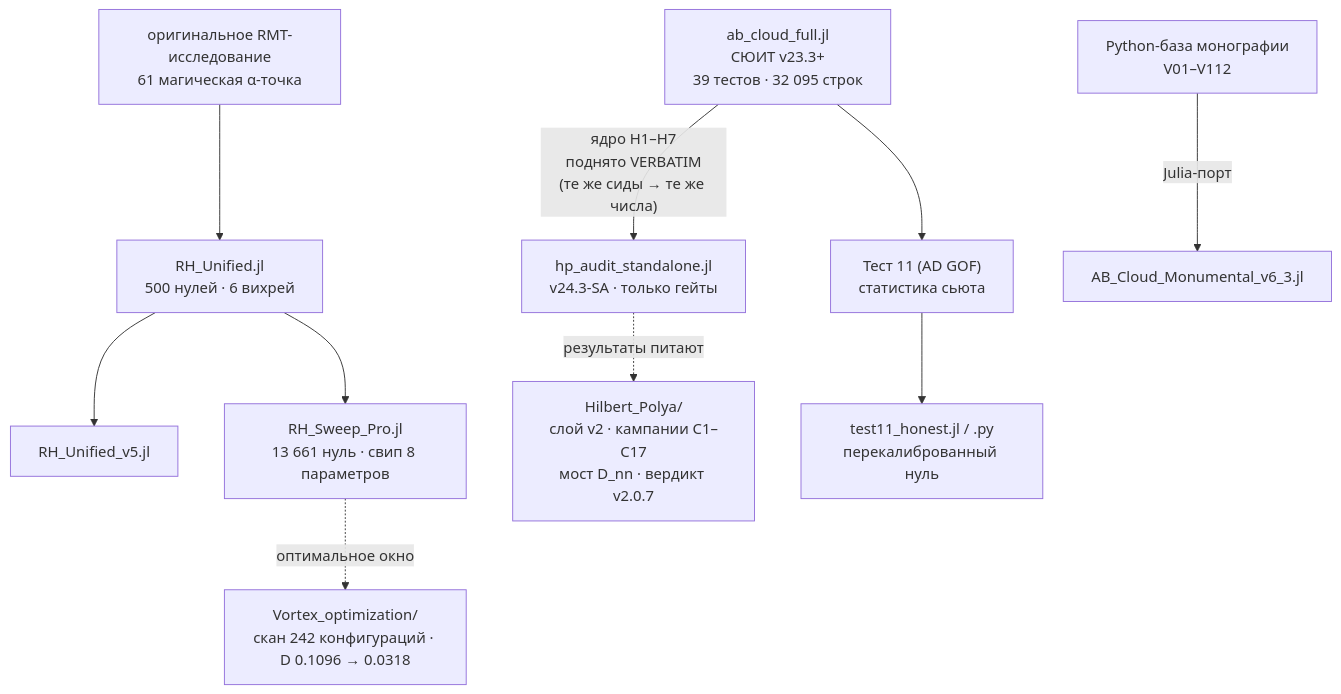
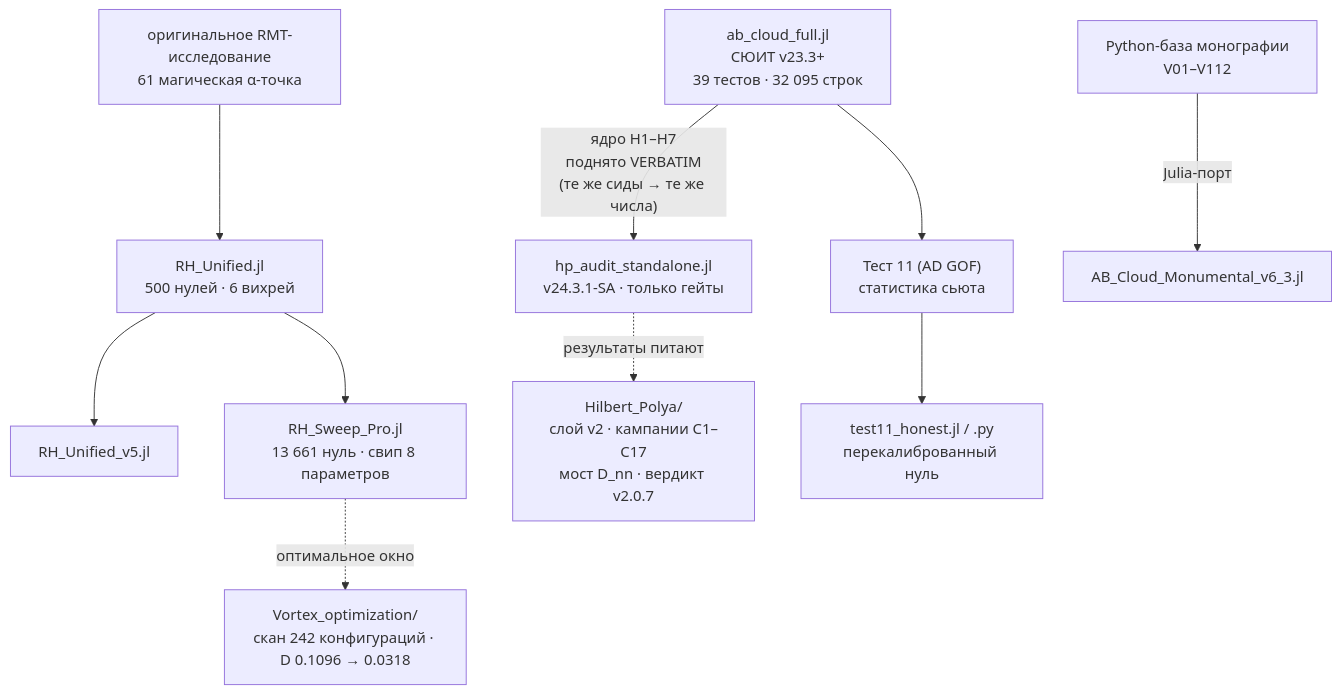
One commit to wild8highlander/ab-cloud-research changed the second of 2 diagrams in meridian-spectral-observatory/README.ru.md. Above: the diagram before and after it, drawn with Mermaid. The commit also changed other lines of this file and 4 other files, not shown here.

````diff
--- a/meridian-spectral-observatory/README.ru.md
+++ b/meridian-spectral-observatory/README.ru.md
@@ -194,12 +194,12 @@
 ```mermaid
 flowchart TD
     ORIG["оригинальное RMT-исследование<br/>61 магическая α-точка"] --> RHU["RH_Unified.jl<br/>500 нулей · 6 вихрей"]
     RHU --> RHU5["RH_Unified_v5.jl"]
     RHU --> RHSP["RH_Sweep_Pro.jl<br/>13 661 нуль · свип 8 параметров"]
-    SUITE["ab_cloud_full.jl<br/>СЮИТ v23.3+<br/>39 тестов · 32 095 строк"] -- "ядро H1–H7<br/>поднято VERBATIM<br/>(те же сиды → те же числа)" --> HPA["hp_audit_standalone.jl<br/>v24.3-SA · только гейты"]
+    SUITE["ab_cloud_full.jl<br/>СЮИТ v23.3+<br/>39 тестов · 32 095 строк"] -- "ядро H1–H7<br/>поднято VERBATIM<br/>(те же сиды → те же числа)" --> HPA["hp_audit_standalone.jl<br/>v24.3.1-SA · только гейты"]
     PYMON["Python-база монографии<br/>V01–V112"] -- "Julia-порт" --> MON["AB_Cloud_Monumental_v6_3.jl"]
     T11["Тест 11 (AD GOF)<br/>статистика сьюта"] --> T11H["test11_honest.jl / .py<br/>перекалиброванный нуль"]
     SUITE --> T11
     HPA -. "результаты питают" .-> HP["Hilbert_Polya/<br/>слой v2 · кампании C1–C17<br/>мост D_nn · вердикт v2.0.7"]
     RHSP -. "оптимальное окно" .-> VOR["Vortex_optimization/<br/>скан 242 конфигураций · D 0.1096 → 0.0318"]
 ```
````
